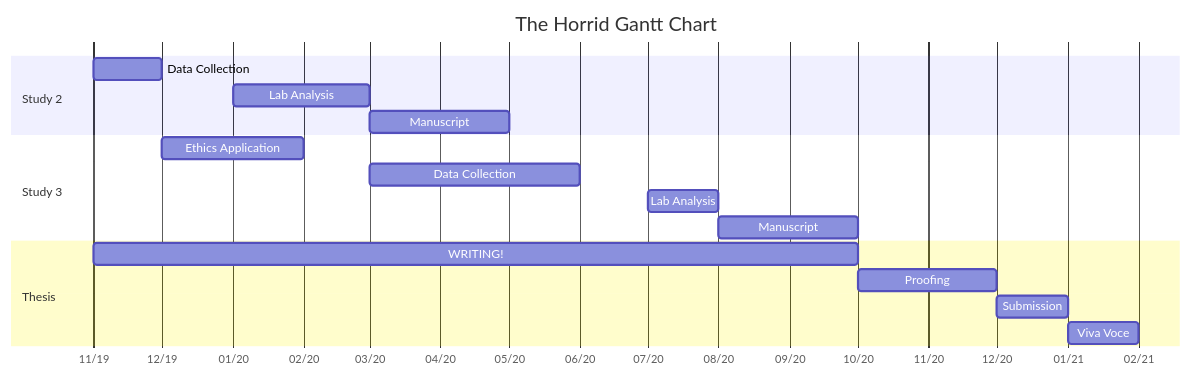
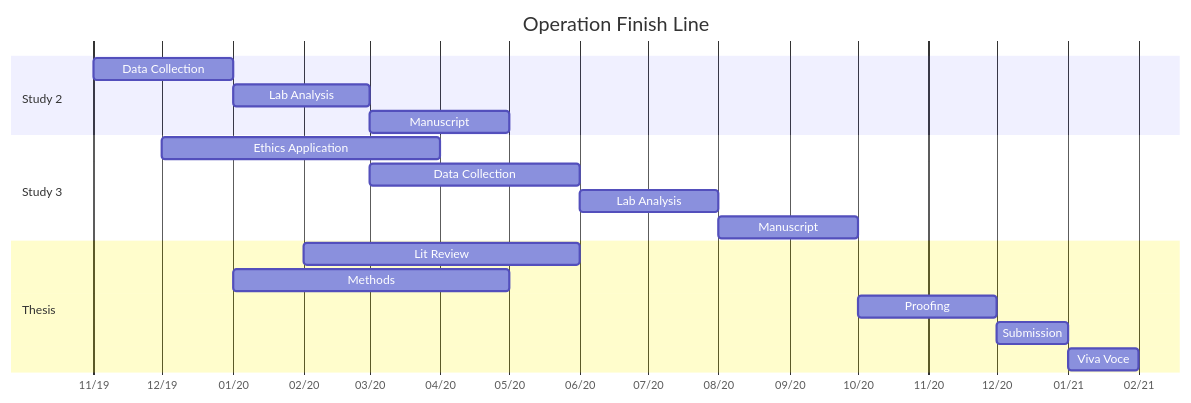
Before and after one commit to Scott-S-Hannah/personal-website: the diagram in content/post/project-finish-line/index.md, drawn with Mermaid. The commit also changed other lines of this file and 3 other files, not shown here.

````diff
--- a/content/post/project-finish-line/index.md
+++ b/content/post/project-finish-line/index.md
@@ -31,20 +33,21 @@
 ```mermaid
 gantt
   dateFormat  MM-YYYY
   axisformat  %m/%y
-  title The Horrid Gantt Chart
+  title Operation Finish Line
   section Study 2
-  Data Collection   :a1, 11-2019, 12-2019
+  Data Collection   :a1, 11-2019, 01-2020
   Lab Analysis      :01-2020, 03-2020
   Manuscript        :03-2020, 05-2020
   section Study 3
-  Ethics Application      :12-2019, 02-2020
+  Ethics Application      :12-2019, 04-2020
   Data Collection         :03-2020, 06-2020
-  Lab Analysis            :07-2020, 08-2020
+  Lab Analysis            :06-2020, 08-2020
   Manuscript              :08-2020, 10-2020
   section Thesis
-  WRITING!          :11-2019, 10-2020
+  Lit Review        :02-2020, 06-2020
+  Methods           :01-2020, 05-2020
   Proofing          :10-2020, 12-2020
   Submission        :12-2020, 01-2021
   Viva Voce         :01-2021, 02-2021
 ```
````
